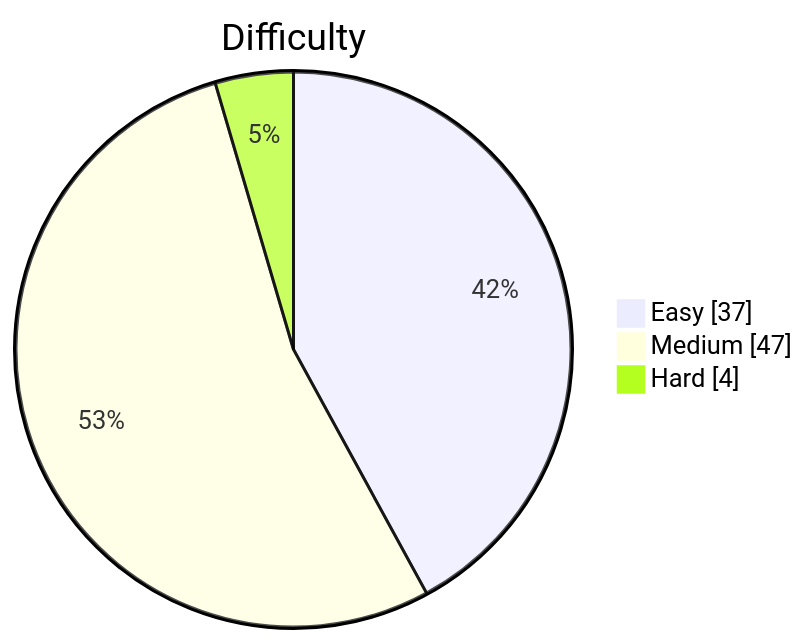
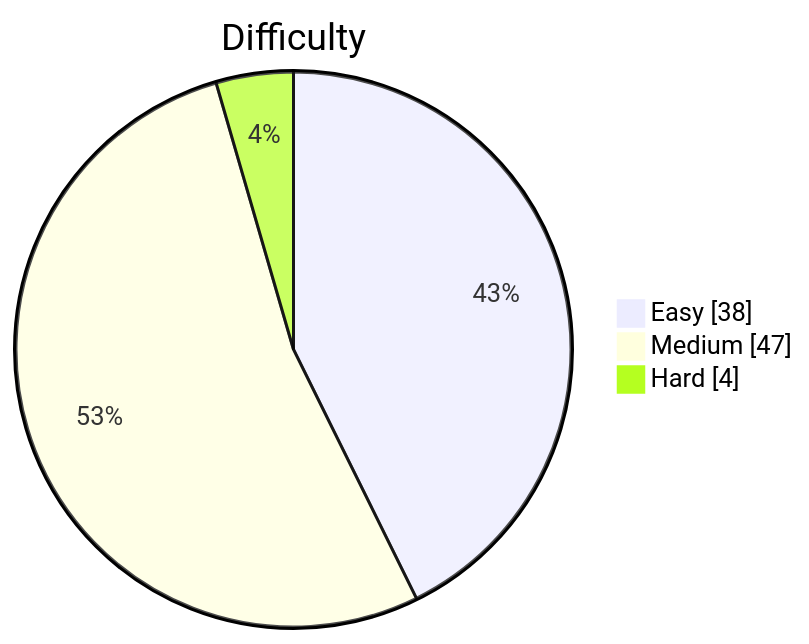
Before and after one commit to kevstevie/python-algo-practice: the diagram in README.md, drawn with Mermaid. The commit also changed other lines of this file, not shown here.

````diff
--- a/README.md
+++ b/README.md
@@ -13,7 +13,7 @@
 ```mermaid
 pie showData
     title Difficulty
-    "Easy"   : 37
+    "Easy"   : 38
     "Medium" : 47
     "Hard"   : 4
 ```
````
